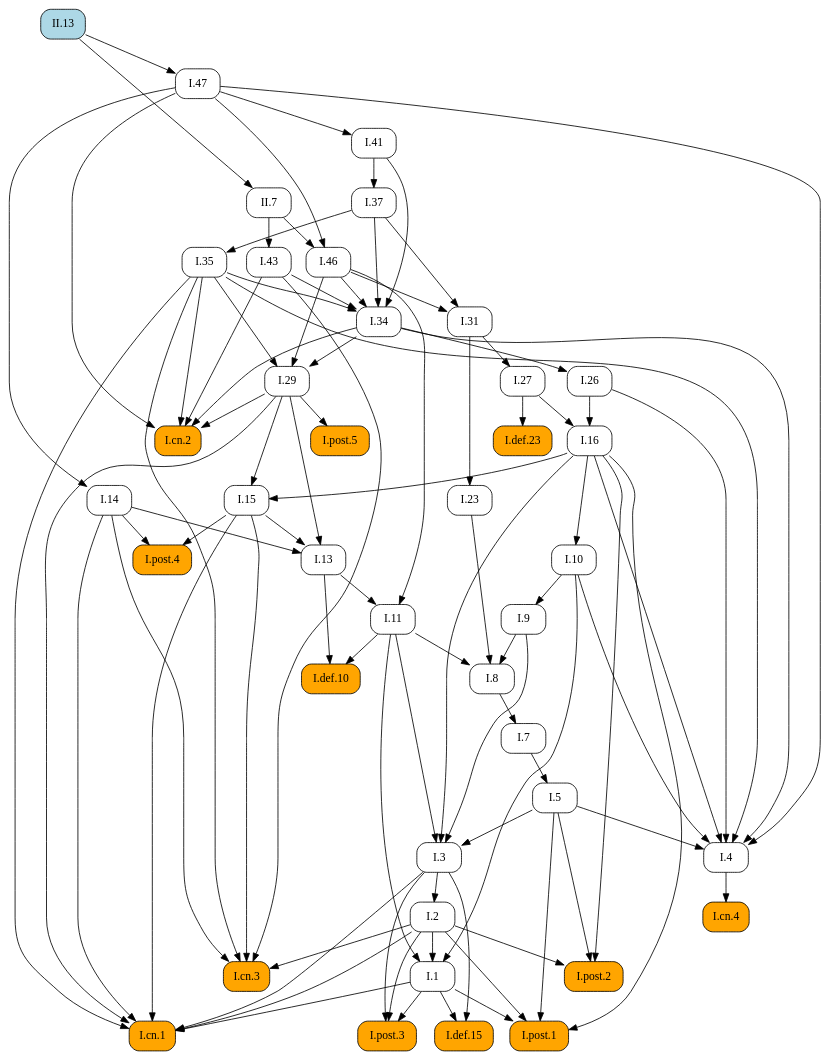
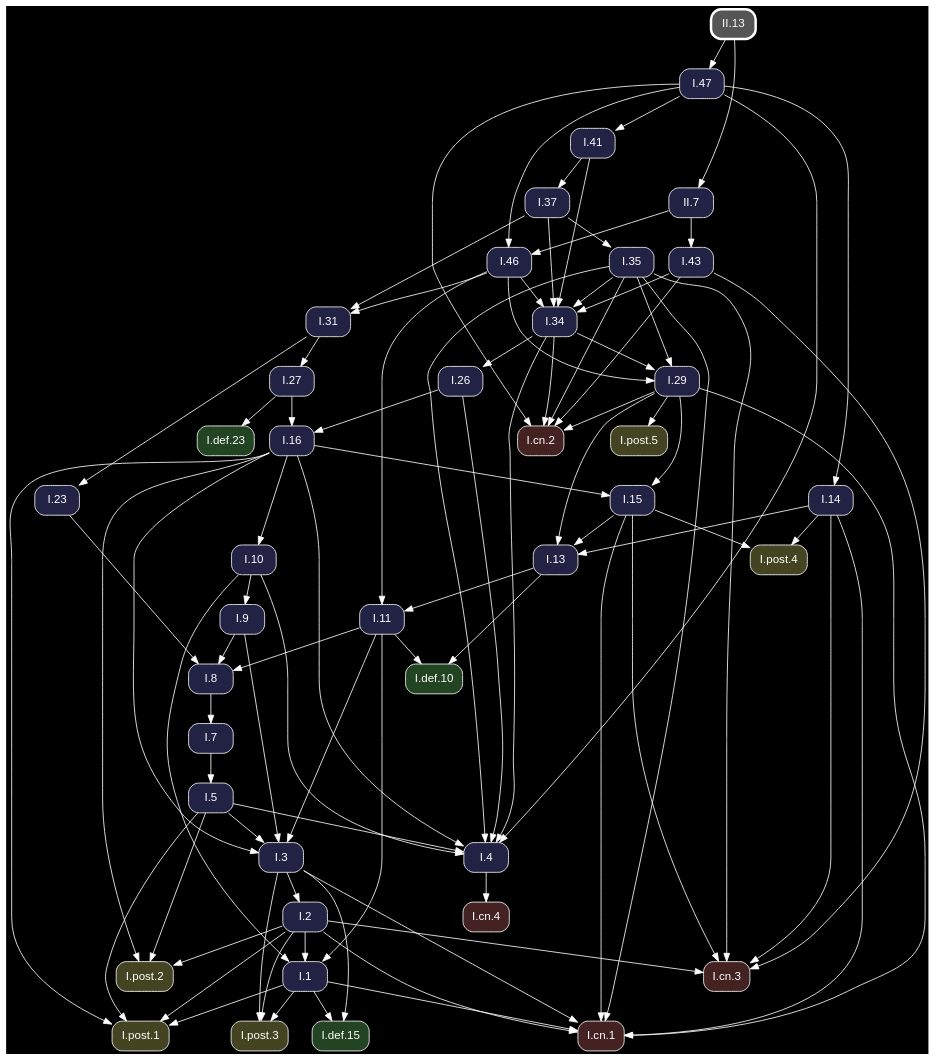
Before and after one commit to geometor/elements: the diagram in docsrc/heath/II/13/index.rst, drawn with Graphviz. The commit also changed other lines of this file and 1200 other files, not shown here.

Commit message:
update dependency graphs

```diff
--- a/docsrc/heath/II/13/index.rst
+++ b/docsrc/heath/II/13/index.rst
@@ -43,78 +43,56 @@
 .. graphviz::
 
    digraph {
+     bgcolor="black";
+     node [shape=box, style="rounded,filled", fontname="Helvetica", color="white", fontcolor="white"];
+     edge [color="white", fontcolor="white"];
      rankdir="TB";
-     node [shape=box, style=rounded];
-     "I.23" [URL="/heath/I/23/", target="_top"];
-     "I.9" [URL="/heath/I/9/", target="_top"];
-     "I.def.15" [style="rounded,filled", fillcolor=orange, URL="/heath/I/def.15/", target="_top"];
-     "I.47" [URL="/heath/I/47/", target="_top"];
-     "I.post.3" [style="rounded,filled", fillcolor=orange, URL="/heath/I/post.3/", target="_top"];
-     "I.post.1" [style="rounded,filled", fillcolor=orange, URL="/heath/I/post.1/", target="_top"];
-     "I.43" [URL="/heath/I/43/", target="_top"];
-     "I.31" [URL="/heath/I/31/", target="_top"];
-     "I.def.10" [style="rounded,filled", fillcolor=orange, URL="/heath/I/def.10/", target="_top"];
-     "I.27" [URL="/heath/I/27/", target="_top"];
-     "I.14" [URL="/heath/I/14/", target="_top"];
-     "II.7" [URL="/heath/II/7/", target="_top"];
-     "I.34" [URL="/heath/I/34/", target="_top"];
-     "I.3" [URL="/heath/I/3/", target="_top"];
-     "I.35" [URL="/heath/I/35/", target="_top"];
-     "I.cn.1" [style="rounded,filled", fillcolor=orange, URL="/heath/I/cn.1/", target="_top"];
-     "II.13" [style="rounded,filled", fillcolor=lightblue, URL="/heath/II/13/", target="_top"];
-     "I.7" [URL="/heath/I/7/", target="_top"];
-     "I.2" [URL="/heath/I/2/", target="_top"];
-     "I.13" [URL="/heath/I/13/", target="_top"];
-     "I.post.4" [style="rounded,filled", fillcolor=orange, URL="/heath/I/post.4/", target="_top"];
-     "I.4" [URL="/heath/I/4/", target="_top"];
-     "I.1" [URL="/heath/I/1/", target="_top"];
-     "I.5" [URL="/heath/I/5/", target="_top"];
-     "I.37" [URL="/heath/I/37/", target="_top"];
-     "I.8" [URL="/heath/I/8/", target="_top"];
-     "I.cn.3" [style="rounded,filled", fillcolor=orange, URL="/heath/I/cn.3/", target="_top"];
-     "I.29" [URL="/heath/I/29/", target="_top"];
-     "I.16" [URL="/heath/I/16/", target="_top"];
-     "I.15" [URL="/heath/I/15/", target="_top"];
-     "I.10" [URL="/heath/I/10/", target="_top"];
-     "I.11" [URL="/heath/I/11/", target="_top"];
-     "I.def.23" [style="rounded,filled", fillcolor=orange, URL="/heath/I/def.23/", target="_top"];
-     "I.cn.2" [style="rounded,filled", fillcolor=orange, URL="/heath/I/cn.2/", target="_top"];
-     "I.post.5" [style="rounded,filled", fillcolor=orange, URL="/heath/I/post.5/", target="_top"];
-     "I.cn.4" [style="rounded,filled", fillcolor=orange, URL="/heath/I/cn.4/", target="_top"];
-     "I.41" [URL="/heath/I/41/", target="_top"];
-     "I.post.2" [style="rounded,filled", fillcolor=orange, URL="/heath/I/post.2/", target="_top"];
-     "I.46" [URL="/heath/I/46/", target="_top"];
-     "I.26" [URL="/heath/I/26/", target="_top"];
-     "I.31" -> "I.23";
-     "I.10" -> "I.9";
-     "I.1" -> "I.def.15";
-     "I.3" -> "I.def.15";
-     "II.13" -> "I.47";
-     "I.1" -> "I.post.3";
-     "I.2" -> "I.post.3";
-     "I.3" -> "I.post.3";
-     "I.1" -> "I.post.1";
-     "I.2" -> "I.post.1";
-     "I.5" -> "I.post.1";
-     "I.16" -> "I.post.1";
-     "II.7" -> "I.43";
+     "I.31" [fillcolor="#222244", URL="/heath/I/31/", target="_top"];
+     "I.3" [fillcolor="#222244", URL="/heath/I/3/", target="_top"];
+     "I.cn.1" [fillcolor="#442222", URL="/heath/I/cn.1/", target="_top"];
+     "I.def.10" [fillcolor="#224422", URL="/heath/I/def.10/", target="_top"];
+     "I.15" [fillcolor="#222244", URL="/heath/I/15/", target="_top"];
+     "I.13" [fillcolor="#222244", URL="/heath/I/13/", target="_top"];
+     "I.27" [fillcolor="#222244", URL="/heath/I/27/", target="_top"];
+     "I.2" [fillcolor="#222244", URL="/heath/I/2/", target="_top"];
+     "I.41" [fillcolor="#222244", URL="/heath/I/41/", target="_top"];
+     "I.cn.2" [fillcolor="#442222", URL="/heath/I/cn.2/", target="_top"];
+     "I.9" [fillcolor="#222244", URL="/heath/I/9/", target="_top"];
+     "I.43" [fillcolor="#222244", URL="/heath/I/43/", target="_top"];
+     "I.1" [fillcolor="#222244", URL="/heath/I/1/", target="_top"];
+     "I.post.5" [fillcolor="#444422", URL="/heath/I/post.5/", target="_top"];
+     "I.post.4" [fillcolor="#444422", URL="/heath/I/post.4/", target="_top"];
+     "I.23" [fillcolor="#222244", URL="/heath/I/23/", target="_top"];
+     "II.7" [fillcolor="#222244", URL="/heath/II/7/", target="_top"];
+     "I.26" [fillcolor="#222244", URL="/heath/I/26/", target="_top"];
+     "I.8" [fillcolor="#222244", URL="/heath/I/8/", target="_top"];
+     "I.4" [fillcolor="#222244", URL="/heath/I/4/", target="_top"];
+     "I.7" [fillcolor="#222244", URL="/heath/I/7/", target="_top"];
+     "I.5" [fillcolor="#222244", URL="/heath/I/5/", target="_top"];
+     "I.10" [fillcolor="#222244", URL="/heath/I/10/", target="_top"];
+     "I.46" [fillcolor="#222244", URL="/heath/I/46/", target="_top"];
+     "I.post.1" [fillcolor="#444422", URL="/heath/I/post.1/", target="_top"];
+     "I.11" [fillcolor="#222244", URL="/heath/I/11/", target="_top"];
+     "I.37" [fillcolor="#222244", URL="/heath/I/37/", target="_top"];
+     "I.16" [fillcolor="#222244", URL="/heath/I/16/", target="_top"];
+     "I.cn.3" [fillcolor="#442222", URL="/heath/I/cn.3/", target="_top"];
+     "I.29" [fillcolor="#222244", URL="/heath/I/29/", target="_top"];
+     "I.post.2" [fillcolor="#444422", URL="/heath/I/post.2/", target="_top"];
+     "I.cn.4" [fillcolor="#442222", URL="/heath/I/cn.4/", target="_top"];
+     "I.47" [fillcolor="#222244", URL="/heath/I/47/", target="_top"];
+     "I.14" [fillcolor="#222244", URL="/heath/I/14/", target="_top"];
+     "I.35" [fillcolor="#222244", URL="/heath/I/35/", target="_top"];
+     "I.def.23" [fillcolor="#224422", URL="/heath/I/def.23/", target="_top"];
+     "II.13" [penwidth=3, color="white", fillcolor="#555555", URL="/heath/II/13/", target="_top"];
+     "I.post.3" [fillcolor="#444422", URL="/heath/I/post.3/", target="_top"];
+     "I.34" [fillcolor="#222244", URL="/heath/I/34/", target="_top"];
+     "I.def.15" [fillcolor="#224422", URL="/heath/I/def.15/", target="_top"];
      "I.37" -> "I.31";
      "I.46" -> "I.31";
-     "I.11" -> "I.def.10";
-     "I.13" -> "I.def.10";
-     "I.31" -> "I.27";
-     "I.47" -> "I.14";
-     "II.13" -> "II.7";
-     "I.35" -> "I.34";
-     "I.37" -> "I.34";
-     "I.41" -> "I.34";
-     "I.43" -> "I.34";
-     "I.46" -> "I.34";
      "I.5" -> "I.3";
      "I.9" -> "I.3";
      "I.11" -> "I.3";
      "I.16" -> "I.3";
-     "I.37" -> "I.35";
      "I.1" -> "I.cn.1";
      "I.2" -> "I.cn.1";
      "I.3" -> "I.cn.1";
@@ -122,13 +100,35 @@
      "I.15" -> "I.cn.1";
      "I.29" -> "I.cn.1";
      "I.35" -> "I.cn.1";
-     "I.8" -> "I.7";
-     "I.3" -> "I.2";
+     "I.11" -> "I.def.10";
+     "I.13" -> "I.def.10";
+     "I.16" -> "I.15";
+     "I.29" -> "I.15";
      "I.14" -> "I.13";
      "I.15" -> "I.13";
      "I.29" -> "I.13";
+     "I.31" -> "I.27";
+     "I.3" -> "I.2";
+     "I.47" -> "I.41";
+     "I.29" -> "I.cn.2";
+     "I.34" -> "I.cn.2";
+     "I.35" -> "I.cn.2";
+     "I.43" -> "I.cn.2";
+     "I.47" -> "I.cn.2";
+     "I.10" -> "I.9";
+     "II.7" -> "I.43";
+     "I.2" -> "I.1";
+     "I.10" -> "I.1";
+     "I.11" -> "I.1";
+     "I.29" -> "I.post.5";
      "I.14" -> "I.post.4";
      "I.15" -> "I.post.4";
+     "I.31" -> "I.23";
+     "II.13" -> "II.7";
+     "I.34" -> "I.26";
+     "I.9" -> "I.8";
+     "I.11" -> "I.8";
+     "I.23" -> "I.8";
      "I.5" -> "I.4";
      "I.10" -> "I.4";
      "I.16" -> "I.4";
@@ -136,14 +136,20 @@
      "I.34" -> "I.4";
      "I.35" -> "I.4";
      "I.47" -> "I.4";
-     "I.2" -> "I.1";
-     "I.10" -> "I.1";
-     "I.11" -> "I.1";
+     "I.8" -> "I.7";
      "I.7" -> "I.5";
+     "I.16" -> "I.10";
+     "I.47" -> "I.46";
+     "II.7" -> "I.46";
+     "I.1" -> "I.post.1";
+     "I.2" -> "I.post.1";
+     "I.5" -> "I.post.1";
+     "I.16" -> "I.post.1";
+     "I.13" -> "I.11";
+     "I.46" -> "I.11";
      "I.41" -> "I.37";
-     "I.9" -> "I.8";
-     "I.11" -> "I.8";
-     "I.23" -> "I.8";
+     "I.26" -> "I.16";
+     "I.27" -> "I.16";
      "I.2" -> "I.cn.3";
      "I.14" -> "I.cn.3";
      "I.15" -> "I.cn.3";
@@ -152,26 +158,22 @@
      "I.34" -> "I.29";
      "I.35" -> "I.29";
      "I.46" -> "I.29";
-     "I.26" -> "I.16";
-     "I.27" -> "I.16";
-     "I.16" -> "I.15";
-     "I.29" -> "I.15";
-     "I.16" -> "I.10";
-     "I.13" -> "I.11";
-     "I.46" -> "I.11";
-     "I.27" -> "I.def.23";
-     "I.29" -> "I.cn.2";
-     "I.34" -> "I.cn.2";
-     "I.35" -> "I.cn.2";
-     "I.43" -> "I.cn.2";
-     "I.47" -> "I.cn.2";
-     "I.29" -> "I.post.5";
-     "I.4" -> "I.cn.4";
-     "I.47" -> "I.41";
      "I.2" -> "I.post.2";
      "I.5" -> "I.post.2";
      "I.16" -> "I.post.2";
-     "I.47" -> "I.46";
-     "II.7" -> "I.46";
-     "I.34" -> "I.26";
+     "I.4" -> "I.cn.4";
+     "II.13" -> "I.47";
+     "I.47" -> "I.14";
+     "I.37" -> "I.35";
+     "I.27" -> "I.def.23";
+     "I.1" -> "I.post.3";
+     "I.2" -> "I.post.3";
+     "I.3" -> "I.post.3";
+     "I.35" -> "I.34";
+     "I.37" -> "I.34";
+     "I.41" -> "I.34";
+     "I.43" -> "I.34";
+     "I.46" -> "I.34";
+     "I.1" -> "I.def.15";
+     "I.3" -> "I.def.15";
    }
```
